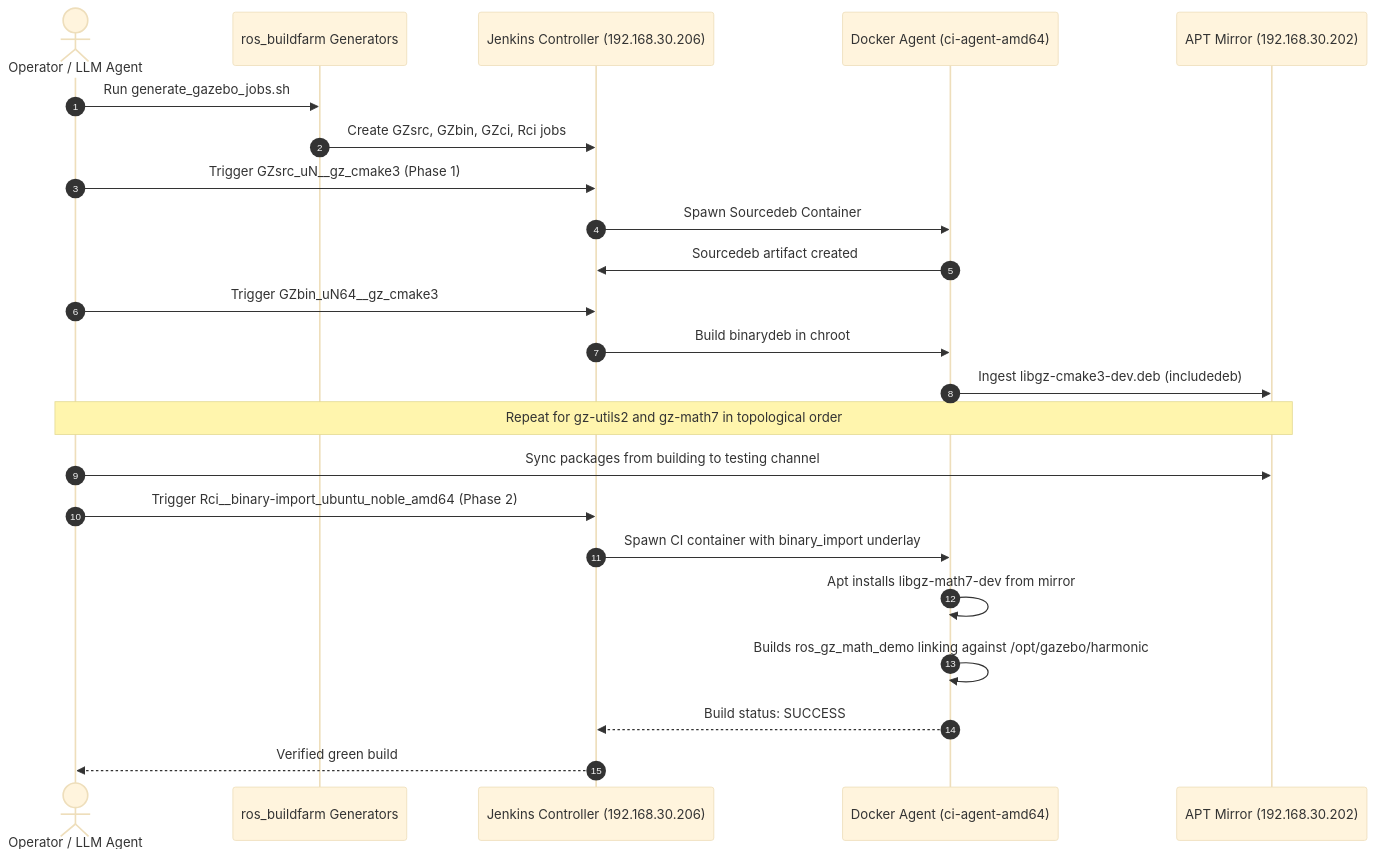
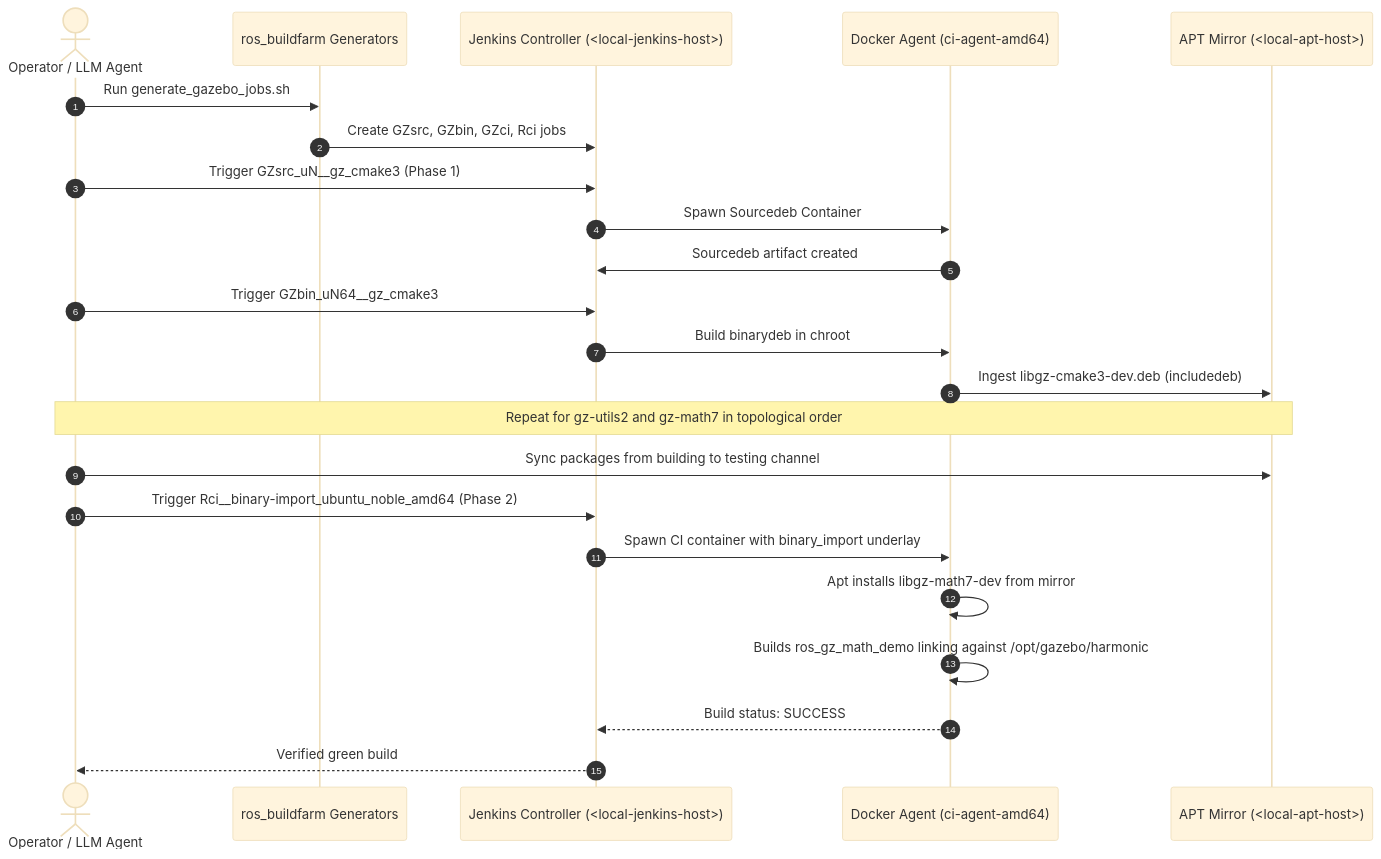
One commit to KmoM88/rep159-testing changed the second of 2 diagrams in REAL_WORLD_GAZEBO_BUILDFARM_GUIDE.md. Above: the diagram before and after it, drawn with Mermaid (base theme). The commit also changed other lines of this file and 22 other files, not shown here.

Commit message:
Consolidate table/diagram docs, adopt jrivero commits, update Stage 1-3 testfarm evidence, and sanitize local endpoints

````diff
--- a/REAL_WORLD_GAZEBO_BUILDFARM_GUIDE.md
+++ b/REAL_WORLD_GAZEBO_BUILDFARM_GUIDE.md
@@ -98,26 +98,26 @@
 ```mermaid
 sequenceDiagram
     autonumber
     actor LLM as Operator / LLM Agent
     participant Gen as ros_buildfarm Generators
-    participant Jnk as Jenkins Controller (192.168.30.206)
+    participant Jnk as Jenkins Controller (<local-jenkins-host>)
     participant Agt as Docker Agent (ci-agent-amd64)
-    participant Apt as APT Mirror (192.168.30.202)
+    participant Apt as APT Mirror (<local-apt-host>)
 
     LLM->>Gen: Run generate_gazebo_jobs.sh
     Gen->>Jnk: Create GZsrc, GZbin, GZci, Rci jobs
     LLM->>Jnk: Trigger GZsrc_uN__gz_cmake3 (Phase 1)
     Jnk->>Agt: Spawn Sourcedeb Container
     Agt->>Jnk: Sourcedeb artifact created
     LLM->>Jnk: Trigger GZbin_uN64__gz_cmake3
     Jnk->>Agt: Build binarydeb in chroot
     Agt->>Apt: Ingest libgz-cmake3-dev.deb (includedeb)
     Note over LLM,Apt: Repeat for gz-utils2 and gz-math7 in topological order
     LLM->>Apt: Sync packages from building to testing channel
     LLM->>Jnk: Trigger Rci__binary-import_ubuntu_noble_amd64 (Phase 2)
     Jnk->>Agt: Spawn CI container with binary_import underlay
     Agt->>Agt: Apt installs libgz-math7-dev from mirror
     Agt->>Agt: Builds ros_gz_math_demo linking against /opt/gazebo/harmonic
     Agt-->>Jnk: Build status: SUCCESS
     Jnk-->>LLM: Verified green build
 ```
````
